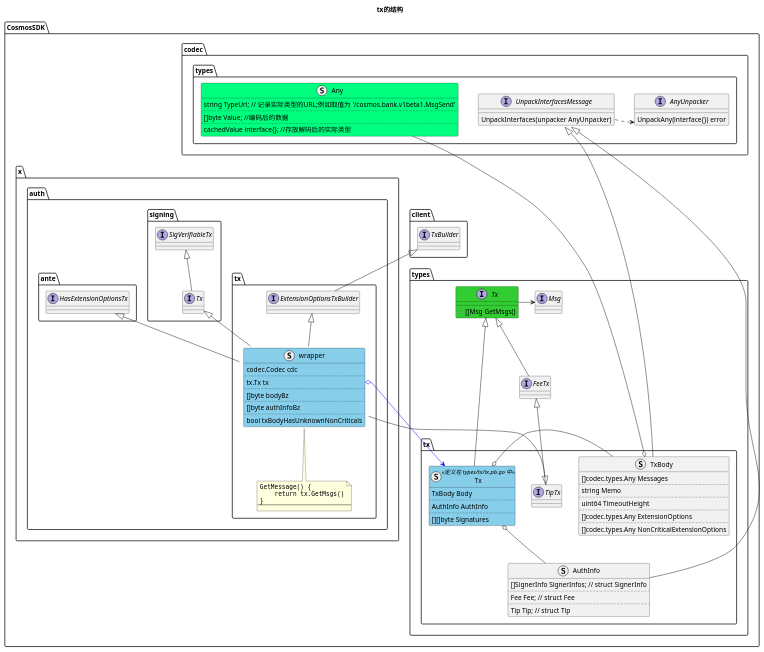
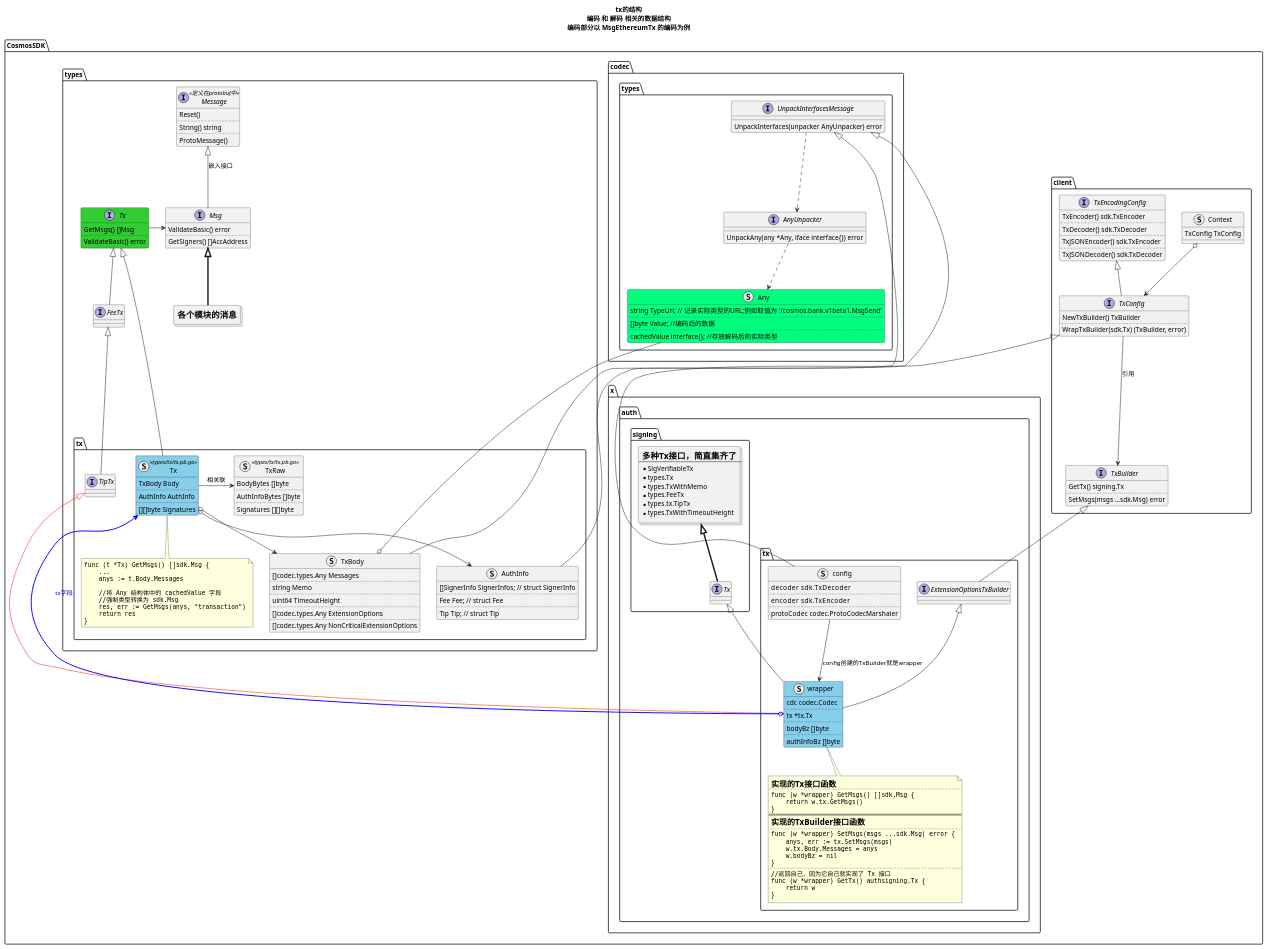
The third of 5 diagrams in plantumls/102.tx编解码.puml (wanggeng01041454/EthermintStudyNote), drawn with PlantUML before and after one commit. The commit also changed other lines of this file and 9 other files, not shown here.

```diff
--- a/plantumls/102.tx编解码.puml
+++ b/plantumls/102.tx编解码.puml
@@ -370,10 +370,55 @@
 @startuml 3.tx的结构
     title
         tx的结构
+        编码 和 解码 相关的数据结构
+        编码部分以 MsgEthereumTx 的编码为例
     end title
 
     namespace CosmosSDK {
+
+        namespace client {
+
+            struct Context {
+                TxConfig TxConfig
+            }
+
+            interface TxEncodingConfig {
+                TxEncoder() sdk.TxEncoder
+                ....
+                TxDecoder() sdk.TxDecoder
+                ....
+                TxJSONEncoder() sdk.TxEncoder
+                ....
+                TxJSONDecoder() sdk.TxDecoder
+            }
+
+            interface TxConfig {
+                NewTxBuilder() TxBuilder
+                ....
+                WrapTxBuilder(sdk.Tx) (TxBuilder, error)
+            }
+            TxEncodingConfig <|-- TxConfig
+            Context o--> TxConfig
+
+            interface TxBuilder {
+                GetTx() signing.Tx
+                ....
+                SetMsgs(msgs ...sdk.Msg) error
+            }
+            TxConfig --> TxBuilder : 引用
+
+        }
+
         namespace codec.types {
+            interface UnpackInterfacesMessage {
+                UnpackInterfaces(unpacker AnyUnpacker) error
+            }
+
+            interface AnyUnpacker {
+                UnpackAny(any *Any, iface interface{}) error
+            }
+            UnpackInterfacesMessage ..> AnyUnpacker
+
             struct Any #SpringGreen {
                 string TypeUrl; // 记录实际类型的URL;例如取值为 '/cosmos.bank.v1beta1.MsgSend'
                 ....
@@ -382,21 +427,34 @@
                 cachedValue interface{}; //存放解码后的实际类型
             }
 
-            interface UnpackInterfacesMessage {
-                UnpackInterfaces(unpacker AnyUnpacker)
-            }
-            interface AnyUnpacker {
-                UnpackAny(interface{}) error
-            }
-            UnpackInterfacesMessage::UnpackInterfaces .> AnyUnpacker
+            AnyUnpacker ..> Any
         }
 
         namespace types {
-            interface Msg {
+            interface Message <<定义在protobuf中>> {
+                Reset()
+                ....
+                String() string
+                ....
+                ProtoMessage()
             }
 
+            interface Msg {
+                ValidateBasic() error
+                ....
+                GetSigners() []AccAddress
+            }
+            Message <|-- Msg :嵌入接口
+
+            collections AllModuleMsgs [
+                =各个模块的消息
+            ]
+            Msg <|-[thickness=3]- AllModuleMsgs
+
             interface Tx #LimeGreen {
-                + []Msg GetMsgs()
+                GetMsgs() []Msg
+                ....
+                ValidateBasic() error
             }
             Tx -> Msg 
             interface FeeTx {
@@ -427,82 +485,136 @@
                     Tip Tip; // struct Tip
                 }
 
-                struct Tx <<定义在 types/tx/tx.pb.go 中>> #SkyBlue {
+                struct Tx <<types/tx/tx.pb.go>> #SkyBlue {
                     TxBody Body
                     ....
                     AuthInfo AuthInfo
                     ....
                     [][]byte Signatures
                 }
-                Tx o- TxBody
-                Tx o--AuthInfo
+                Tx o--> TxBody
+                Tx o--> AuthInfo
+
+                note as pbTxNote
+                    <code>
+                    func (t *Tx) GetMsgs() []sdk.Msg { 
+                        ...
+                        anys := t.Body.Messages
+
+                        //将 Any 结构体中的 cachedValue 字段
+                        //强制类型转换为 sdk.Msg
+                        res, err := GetMsgs(anys, "transaction")
+                        return res
+                    }
+                    </code>
+                end note 
+                Tx --> pbTxNote
+
+
+                struct TxRaw <<types/tx/tx.pb.go>> {
+                    BodyBytes []byte
+                    ....
+                    AuthInfoBytes []byte
+                    ....
+                    Signatures [][]byte
+                }
+                Tx -> TxRaw : 相关联
             }
             FeeTx <|-- tx.TipTx
             Tx <|-- tx.Tx
         }
 
-        codec.types.Any ----o types.tx.TxBody
-        codec.types.UnpackInterfacesMessage <|----- types.tx.TxBody
-        codec.types.UnpackInterfacesMessage <|------ types.tx.AuthInfo
+        codec.types.Any ---o types.tx.TxBody
+        codec.types.UnpackInterfacesMessage <|---- types.tx.TxBody
+        codec.types.UnpackInterfacesMessage <|---- types.tx.AuthInfo
         
-        namespace client {
-            interface TxBuilder {
-
-            }
-        }
 
         namespace x.auth {
             namespace tx {
                 interface ExtensionOptionsTxBuilder {
+                }
 
+                struct config {
+                    decoder     sdk.TxDecoder
+                    ....
+                    encoder     sdk.TxEncoder
+                    ....
+                    protoCodec  codec.ProtoCodecMarshaler
                 }
 
                 struct wrapper #SkyBlue {
-                    codec.Codec cdc
+                    cdc codec.Codec
                     ....
-                    tx.Tx tx
+                    tx *tx.Tx
                     ....
-                    []byte bodyBz
+                    bodyBz []byte
                     ....
-                    []byte authInfoBz
-                    ....
-                    bool txBodyHasUnknownNonCriticals
+                    authInfoBz []byte
                 }
                 note bottom of wrapper
+                    =实现的Tx接口函数
+                    ....
                     <code>
-                    GetMessage() {
-                        return tx.GetMsgs()
+                    func (w *wrapper) GetMsgs() []sdk.Msg {
+                        return w.tx.GetMsgs()
                     }
                     </code>
-                    ----
+                    ====
+                    =实现的TxBuilder接口函数
+                    ....
+                    <code>
+                    func (w *wrapper) SetMsgs(msgs ...sdk.Msg) error {
+                        anys, err := tx.SetMsgs(msgs)
+                        w.tx.Body.Messages = anys
+                        w.bodyBz = nil
+                    }
+                    </code>
+                    ....
+                    <code>
+                    //返回自己，因为它自己就实现了 Tx 接口
+                    func (w *wrapper) GetTx() authsigning.Tx {
+                        return w
+                    }
+                    </code>
                 end note
                 ExtensionOptionsTxBuilder <|-- wrapper
+
+                config --> wrapper : config创建的TxBuilder就是wrapper
+
+
             }
 
             namespace signing {
-                interface SigVerifiableTx {
+                collections ManyTxInf [
+                    =多种Tx接口，简直集齐了
+                    ----
+                    * SigVerifiableTx
+                    * types.Tx
+                    * types.TxWithMemo
+                    * types.FeeTx
+                    * types.tx.TipTx
+                    * types.TxWithTimeoutHeight
+                ]
 
-                }
+                interface Tx 
 
-                interface Tx {
-
-                }
-
-                SigVerifiableTx <|-- Tx
+                ManyTxInf <|-[thickness=3]- Tx
             }
             signing.Tx <|-- tx.wrapper
 
-            namespace ante {
-                interface HasExtensionOptionsTx {
+            ' namespace ante {
+            '     interface HasExtensionOptionsTx {
 
-                }
-            }
-            ante.HasExtensionOptionsTx <|-- tx.wrapper
+            '     }
+            ' }
+            ' ante.HasExtensionOptionsTx <|-- tx.wrapper
         }
+        client.TxConfig <|--- x.auth.tx.config
         client.TxBuilder <|-- x.auth.tx.ExtensionOptionsTxBuilder
-        types.tx.TipTx <|-- x.auth.tx.wrapper
 
-        x.auth.tx.wrapper::tx o-[#Blue]-> types.tx.Tx
+        types.tx.TipTx <|-[#Red]-- x.auth.tx.wrapper
+
+        x.auth.tx.wrapper o-up[#Blue,thickness=2]--> types.tx.Tx : <color:Blue>tx字段
     }
 
 
```
